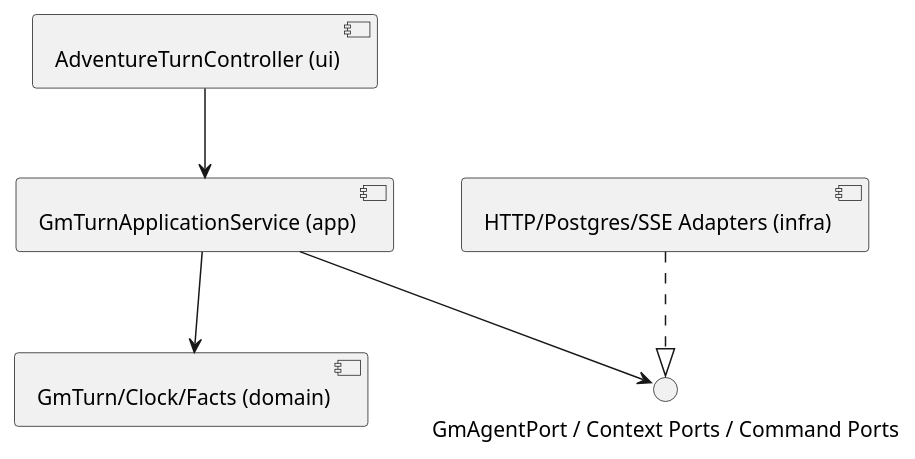
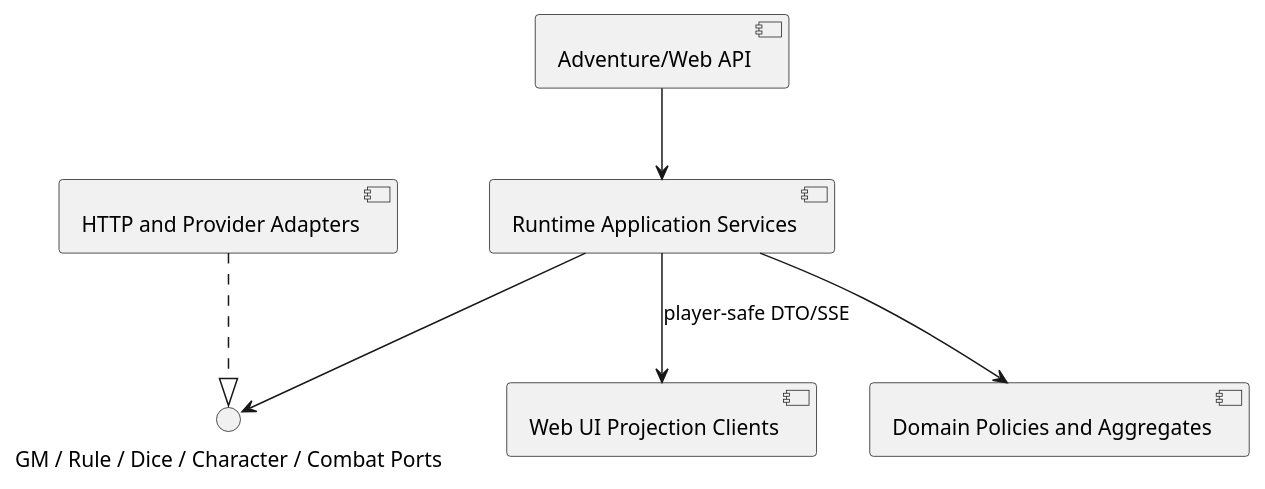
The third of 4 diagrams in docs/specs/architecture-spec.md (omegafrog/dnd-master), drawn with PlantUML before and after one commit. The commit also changed other lines of this file and 24 other files, not shown here.

````diff
--- a/docs/specs/architecture-spec.md
+++ b/docs/specs/architecture-spec.md
@@ -251,13 +268,15 @@
 ```plantuml
 @startuml
-component "AdventureTurnController (ui)" as C
-component "GmTurnApplicationService (app)" as A
-component "GmTurn/Clock/Facts (domain)" as D
-interface "GmAgentPort / Context Ports / Command Ports" as P
-component "HTTP/Postgres/SSE Adapters (infra)" as I
-C --> A
-A --> D
-A --> P
-I ..|> P
+component "Adventure/Web API" as entry
+component "Runtime Application Services" as app
+component "Domain Policies and Aggregates" as domain
+interface "GM / Rule / Dice / Character / Combat Ports" as ports
+component "HTTP and Provider Adapters" as adapters
+component "Web UI Projection Clients" as ui
+entry --> app
+app --> domain
+app --> ports
+adapters ..|> ports
+app --> ui : player-safe DTO/SSE
 @enduml
 ```
````
